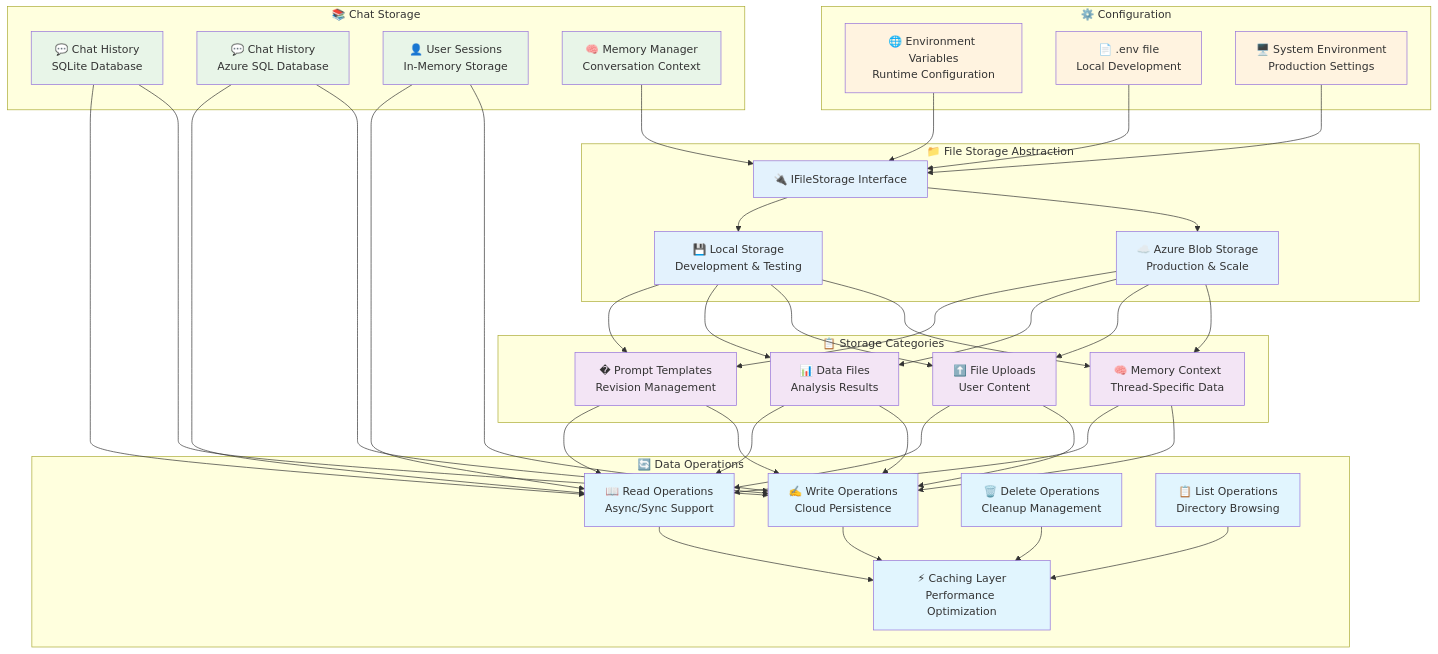
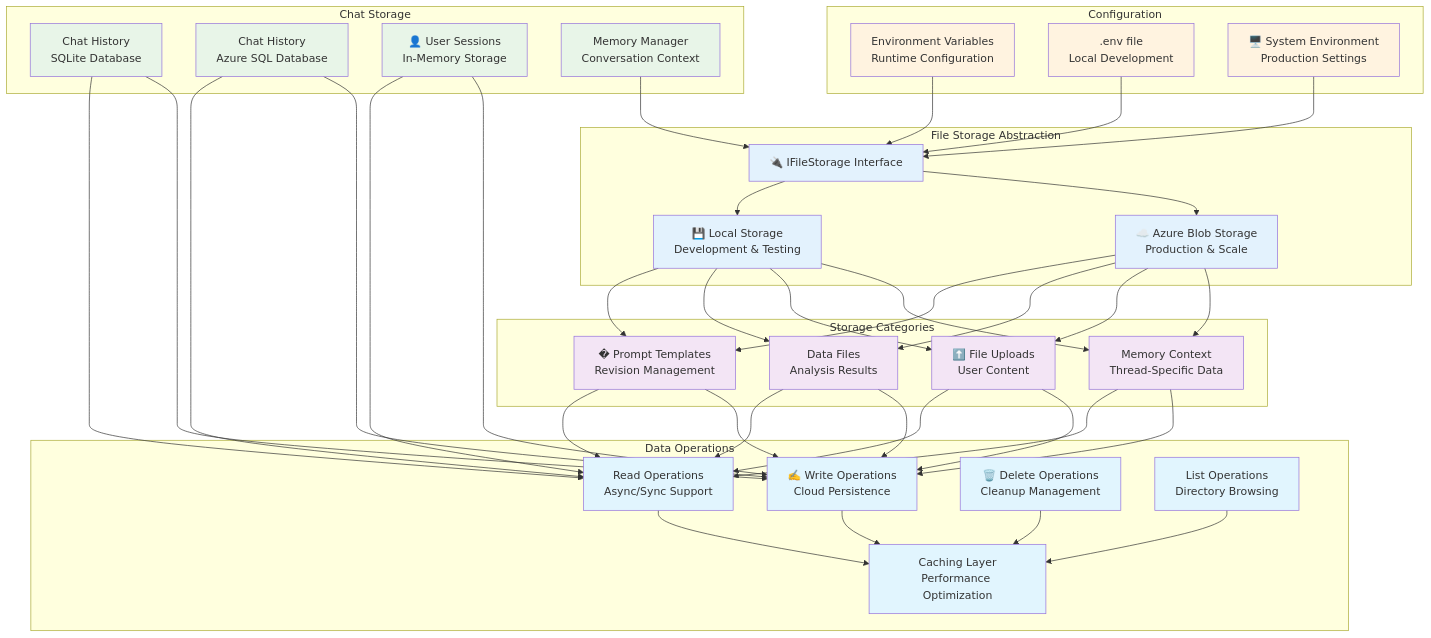
The fifth of 13 diagrams in docs/architecture/README.md (the-ingenious-dark-knight/Insight_Ingenious), drawn with Mermaid before and after one commit. The commit also changed other lines of this file and 23 other files, not shown here.

````diff
--- a/docs/architecture/README.md
+++ b/docs/architecture/README.md
@@ -204,37 +204,37 @@
 ```mermaid
 graph TB
-    subgraph "⚙️ Configuration"
-        ENV_VARS[🌐 Environment Variables<br/>Runtime Configuration]
-        ENV_FILE[📄 .env file<br/>Local Development]
+    subgraph " Configuration"
+        ENV_VARS[ Environment Variables<br/>Runtime Configuration]
+        ENV_FILE[ .env file<br/>Local Development]
         SYSTEM_ENV[🖥️ System Environment<br/>Production Settings]
     end
 
-    subgraph "📚 Chat Storage"
-        HISTORY_SQLITE[💬 Chat History<br/>SQLite Database]
-        HISTORY_AZURE[💬 Chat History<br/>Azure SQL Database]
+    subgraph " Chat Storage"
+        HISTORY_SQLITE[ Chat History<br/>SQLite Database]
+        HISTORY_AZURE[ Chat History<br/>Azure SQL Database]
         SESSIONS[👤 User Sessions<br/>In-Memory Storage]
-        MEMORY_MGR[🧠 Memory Manager<br/>Conversation Context]
+        MEMORY_MGR[ Memory Manager<br/>Conversation Context]
     end
 
-    subgraph "📁 File Storage Abstraction"
+    subgraph " File Storage Abstraction"
         STORAGE_INTERFACE[🔌 IFileStorage Interface]
         LOCAL_STORAGE[💾 Local Storage<br/>Development & Testing]
         AZURE_BLOB[☁️ Azure Blob Storage<br/>Production & Scale]
     end
 
-    subgraph "📋 Storage Categories"
+    subgraph " Storage Categories"
         PROMPTS[� Prompt Templates<br/>Revision Management]
-        DATA_FILES[📊 Data Files<br/>Analysis Results]
+        DATA_FILES[ Data Files<br/>Analysis Results]
         UPLOADS[⬆️ File Uploads<br/>User Content]
-        MEMORY_FILES[🧠 Memory Context<br/>Thread-Specific Data]
+        MEMORY_FILES[ Memory Context<br/>Thread-Specific Data]
     end
 
-    subgraph "🔄 Data Operations"
-        READ[📖 Read Operations<br/>Async/Sync Support]
+    subgraph " Data Operations"
+        READ[ Read Operations<br/>Async/Sync Support]
         WRITE[✍️ Write Operations<br/>Cloud Persistence]
         DELETE[🗑️ Delete Operations<br/>Cleanup Management]
-        LIST[📋 List Operations<br/>Directory Browsing]
-        CACHE[⚡ Caching Layer<br/>Performance Optimization]
+        LIST[ List Operations<br/>Directory Browsing]
+        CACHE[ Caching Layer<br/>Performance Optimization]
     end
 
     ENV_VARS --> STORAGE_INTERFACE
````
